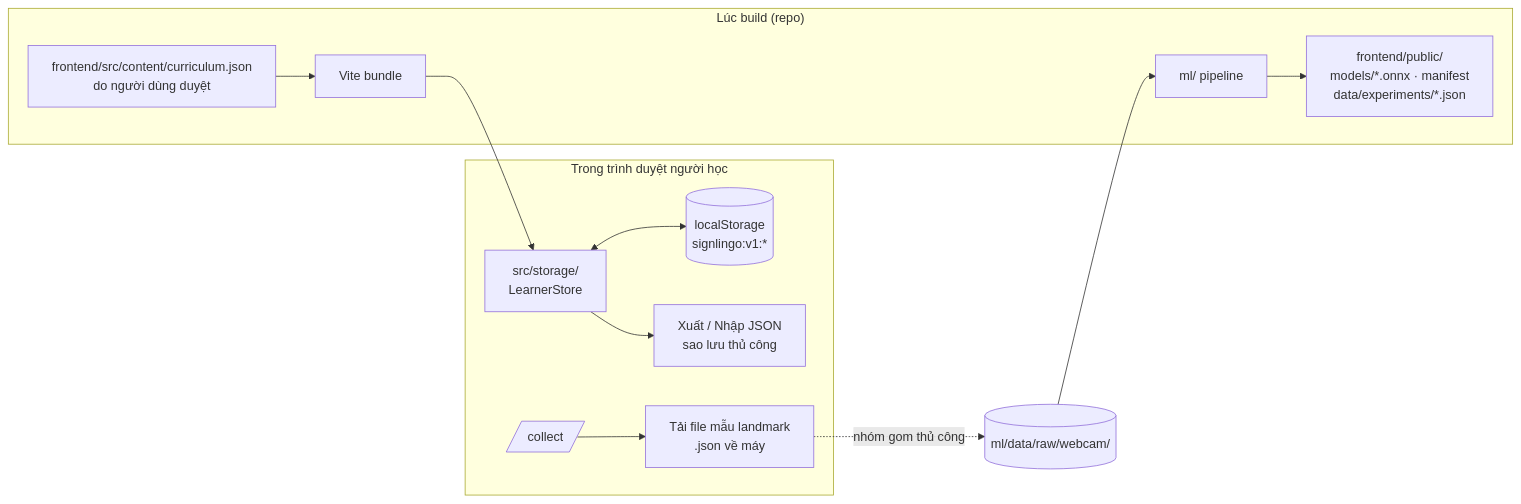
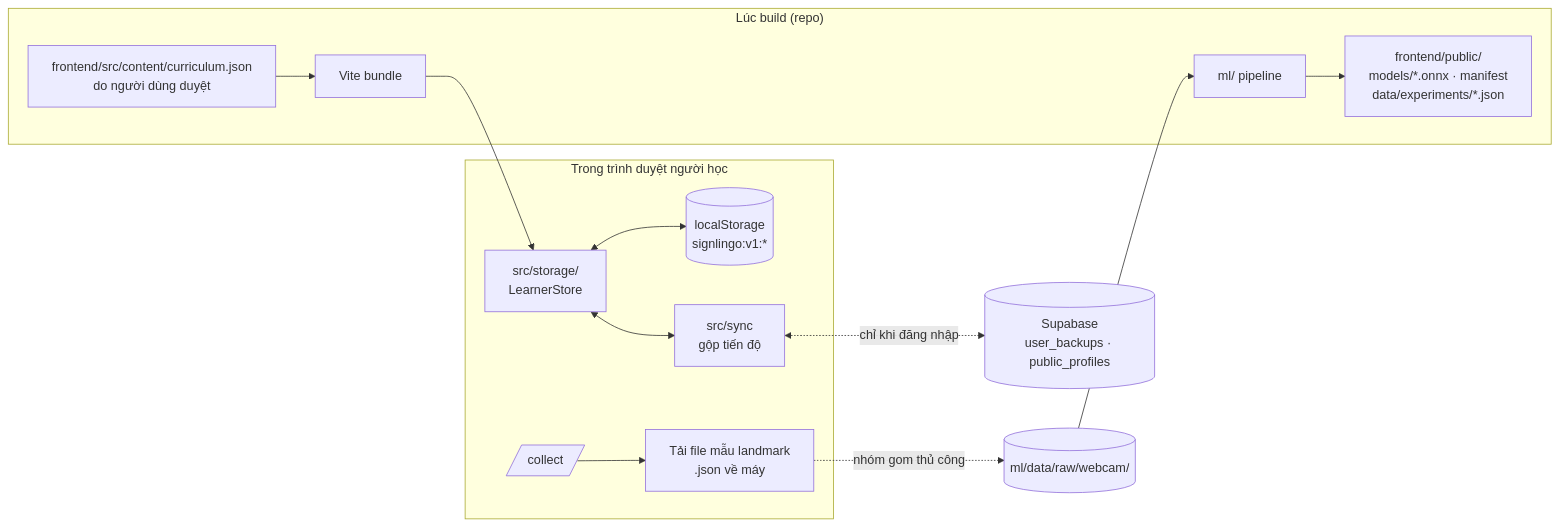
One commit to Nyanta-dotcom/SignLingo changed the first of 2 diagrams in docs/03_DATA_STORAGE.md. Above: the diagram before and after it, drawn with Mermaid. The commit also changed other lines of this file and 13 other files, not shown here.

Commit message:
docs: bring all docs in line with the code (v0.3): optional Supabase accounts and sync, leaderboard, numbers 0-10 and J/Z rules, pink light-only UI, /login, /about; export removed; Phase 5 in the master plan

````diff
--- a/docs/03_DATA_STORAGE.md
+++ b/docs/03_DATA_STORAGE.md
@@ -11,15 +11,16 @@
 ```mermaid
 flowchart LR
   subgraph Build["Lúc build (repo)"]
     CUR[frontend/src/content/curriculum.json<br/>do người dùng duyệt] --> APP[Vite bundle]
     ML[ml/ pipeline] --> PUB[frontend/public/<br/>models/*.onnx · manifest<br/>data/experiments/*.json]
   end
   subgraph Browser["Trong trình duyệt người học"]
     APP --> ST[src/storage/<br/>LearnerStore]
     ST <--> LS[(localStorage<br/>signlingo:v1:*)]
-    ST --> EXP[Xuất / Nhập JSON<br/>sao lưu thủ công]
+    ST <--> SY[src/sync<br/>gộp tiến độ]
     COL[/collect/] --> DL[Tải file mẫu landmark<br/>.json về máy]
   end
+  SY <-. chỉ khi đăng nhập .-> SB[(Supabase<br/>user_backups · public_profiles)]
   DL -. nhóm gom thủ công .-> MLRAW[(ml/data/raw/webcam/)]
   MLRAW --> ML
 ```
````
